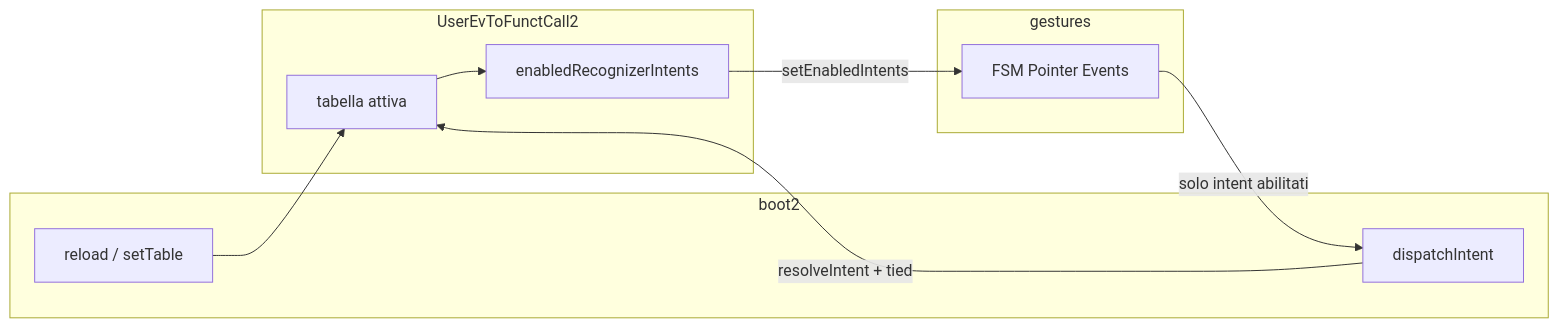
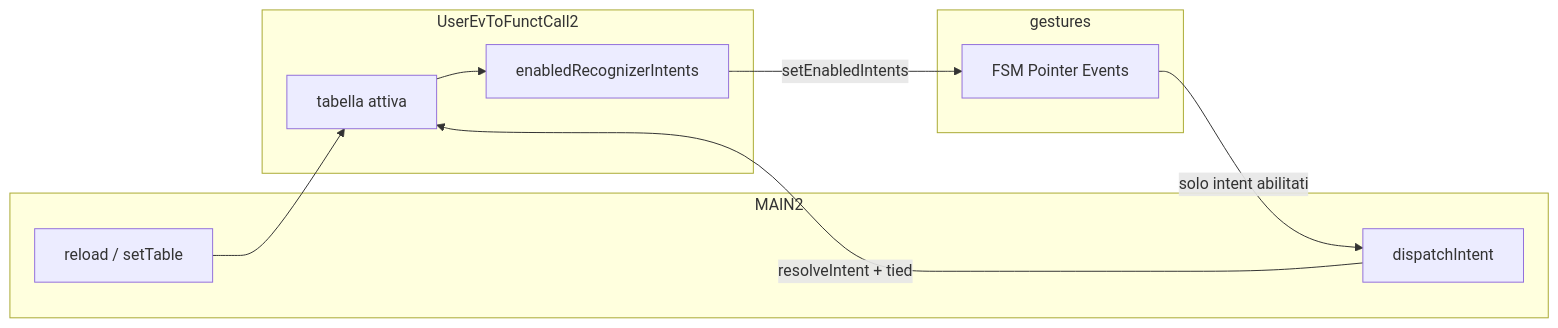
One commit to RomualdoGrillo/Aabacus changed the diagram in project/specs/gesture-action-table.md. Above: the diagram before and after it, drawn with Mermaid. The commit also changed other lines of this file and 8 other files, not shown here.

First line of the commit message:
refactor(input2): rinomina boot2.js → MAIN2.js

````diff
--- a/project/specs/gesture-action-table.md
+++ b/project/specs/gesture-action-table.md
@@ -80,19 +80,19 @@
 ```mermaid
 flowchart LR
   subgraph custode [UserEvToFunctCall2]
     T[tabella attiva]
     E[enabledRecognizerIntents]
   end
-  subgraph boot [boot2]
+  subgraph boot [MAIN2]
     R[reload / setTable]
     D[dispatchIntent]
   end
   subgraph rec [gestures]
     FSM[FSM Pointer Events]
   end
   R --> T
   T --> E
   E -->|"setEnabledIntents"| FSM
   FSM -->|"solo intent abilitati"| D
   D -->|"resolveIntent + tied"| T
 ```
````
